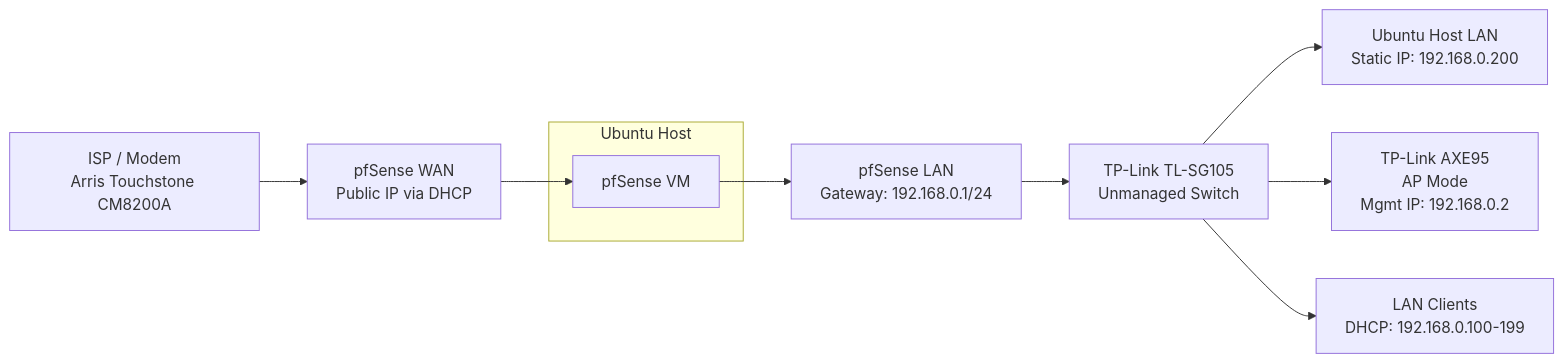
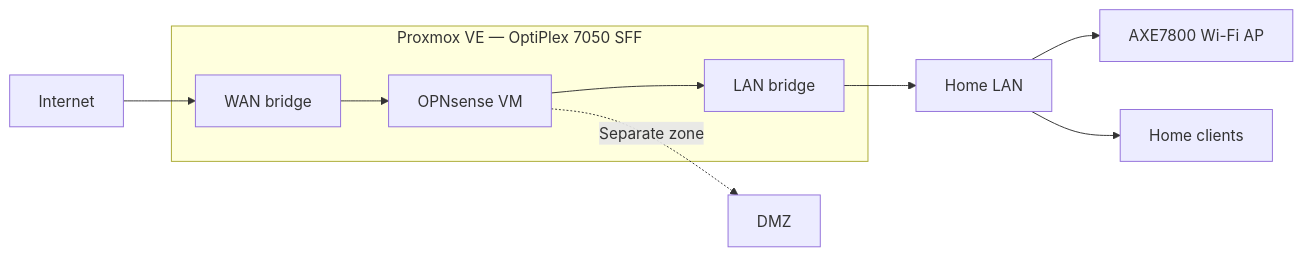
One commit to rojarida/homelab changed the diagram in README.md. Above: the diagram before and after it, drawn with Mermaid. The commit also changed other lines of this file and 266 other files, not shown here.

````diff
--- a/README.md
+++ b/README.md
@@ -25,16 +9,12 @@
 ```mermaid
 flowchart LR
-    ISP[ISP / Modem<br/>Arris Touchstone CM8200A] --> WAN[pfSense WAN<br/>Public IP via DHCP]
-
-    subgraph HOSTSYS[Ubuntu Host]
-        PF[pfSense VM]
+    INTERNET[Internet] --> WAN[WAN bridge]
+    subgraph HOST["Proxmox VE — OptiPlex 7050 SFF"]
+        WAN --> FW[OPNsense VM]
+        FW --> LAN[LAN bridge]
     end
-
-    WAN --> PF
-    PF --> LAN[pfSense LAN<br/>Gateway: 192.168.0.1/24]
-    LAN --> SW[TP-Link TL-SG105<br/>Unmanaged Switch]
-
-    SW --> UBUNTU[Ubuntu Host LAN<br/>Static IP: 192.168.0.200]
-    SW --> AP[TP-Link AXE95<br/>AP Mode<br/>Mgmt IP: 192.168.0.2]
-    SW --> CLIENTS[LAN Clients<br/>DHCP: 192.168.0.100-199]
+    LAN --> HOME[Home LAN]
+    HOME --> AP[AXE7800 Wi-Fi AP]
+    HOME --> CLIENTS[Home clients]
+    FW -. Separate zone .-> DMZ[DMZ]
 ```
````
